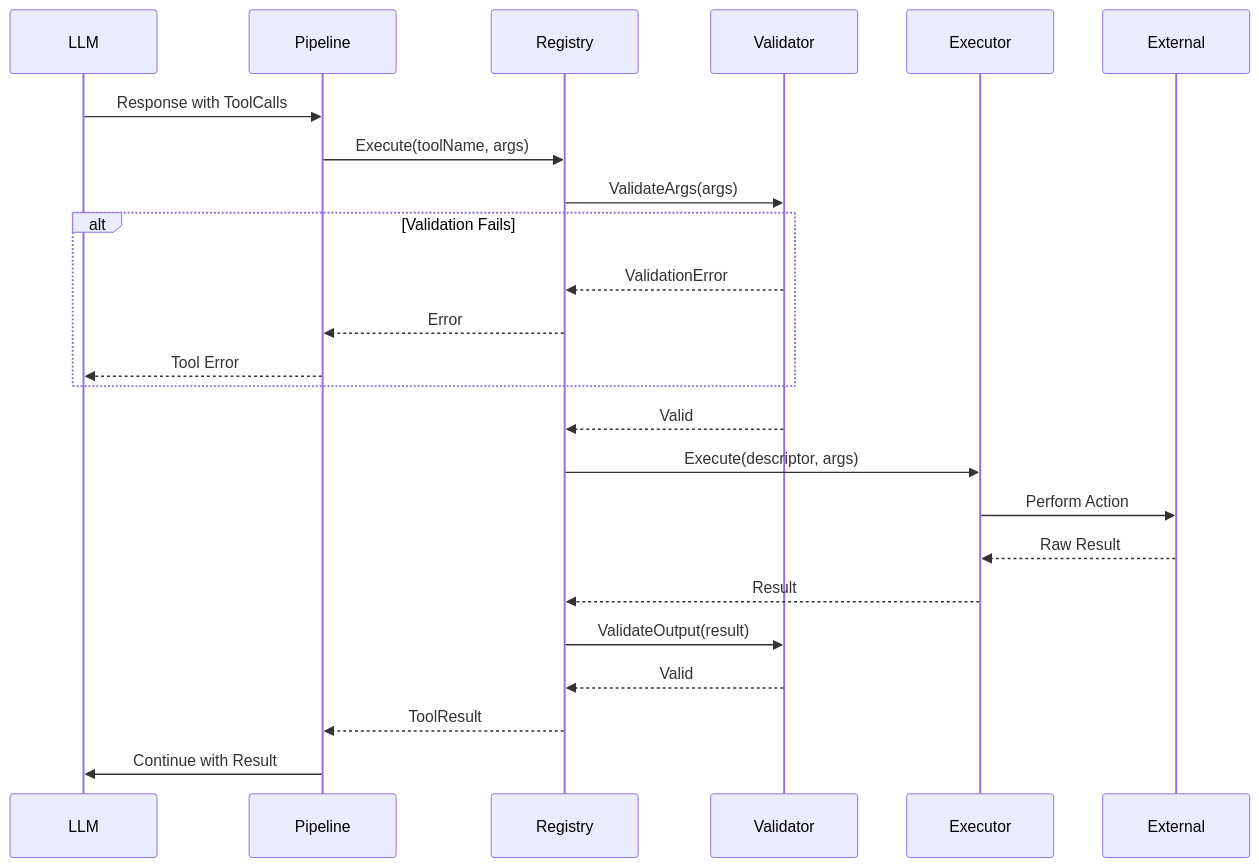
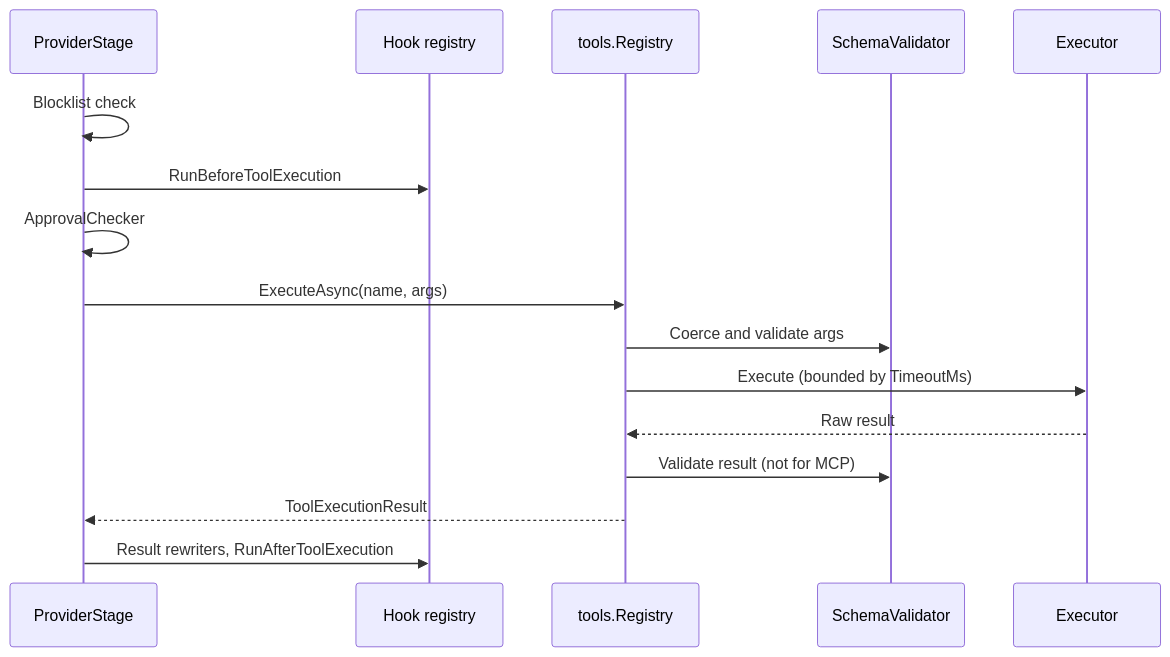
Before and after one commit to AltairaLabs/PromptKit: the second of 5 diagrams in docs/src/content/docs/architecture/runtime-tools-mcp.md, drawn with Mermaid. The commit also changed other lines of this file and 35 other files, not shown here.

First line of the commit message:
docs: review the explanation and architecture pages against the code (#2343)

````diff
--- a/docs/src/content/docs/architecture/runtime-tools-mcp.md
+++ b/docs/src/content/docs/architecture/runtime-tools-mcp.md
@@ -201,29 +82,19 @@
 ```mermaid
 sequenceDiagram
-    participant LLM
-    participant Pipeline
-    participant Registry
-    participant Validator
-    participant Executor
-    participant External
+    participant PS as ProviderStage
+    participant H as Hook registry
+    participant R as tools.Registry
+    participant V as SchemaValidator
+    participant E as Executor
 
-    LLM->>Pipeline: Response with ToolCalls
-    Pipeline->>Registry: Execute(toolName, args)
-    Registry->>Validator: ValidateArgs(args)
-
-    alt Validation Fails
-        Validator-->>Registry: ValidationError
-        Registry-->>Pipeline: Error
-        Pipeline-->>LLM: Tool Error
-    end
-
-    Validator-->>Registry: Valid
-    Registry->>Executor: Execute(descriptor, args)
-    Executor->>External: Perform Action
-    External-->>Executor: Raw Result
-    Executor-->>Registry: Result
-    Registry->>Validator: ValidateOutput(result)
-    Validator-->>Registry: Valid
-    Registry-->>Pipeline: ToolResult
-    Pipeline->>LLM: Continue with Result
+    PS->>PS: Blocklist check
+    PS->>H: RunBeforeToolExecution
+    PS->>PS: ApprovalChecker
+    PS->>R: ExecuteAsync(name, args)
+    R->>V: Coerce and validate args
+    R->>E: Execute (bounded by TimeoutMs)
+    E-->>R: Raw result
+    R->>V: Validate result (not for MCP)
+    R-->>PS: ToolExecutionResult
+    PS->>H: Result rewriters, RunAfterToolExecution
 ```
````
